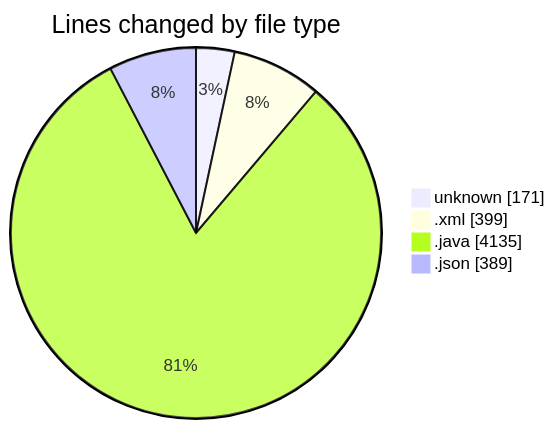
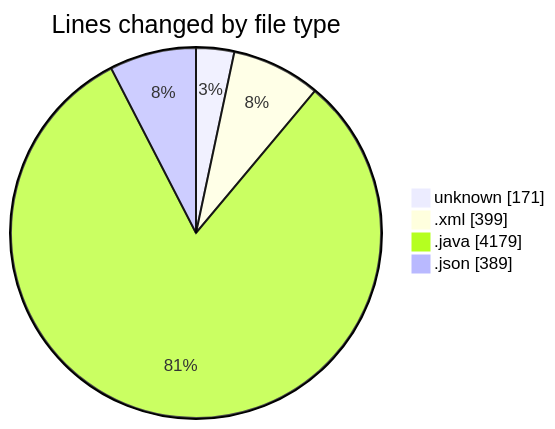
Before and after one commit to charlie-sans/code-tracking: the first of 2 diagrams in 2025-02-24/micros/README.md, drawn with Mermaid. The commit also changed other lines of this file and 1 other file, not shown here.

````diff
--- a/2025-02-24/micros/README.md
+++ b/2025-02-24/micros/README.md
@@ -34,8 +34,8 @@
 ```mermaid
 pie showData
 title Lines changed by file type
 "unknown" : 171
 ".xml" : 399
-".java" : 4135
+".java" : 4179
 ".json" : 389
 ```
````
